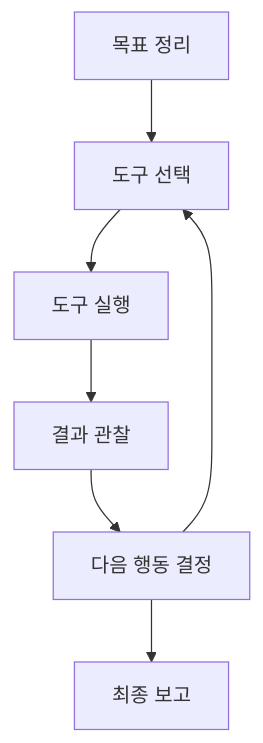
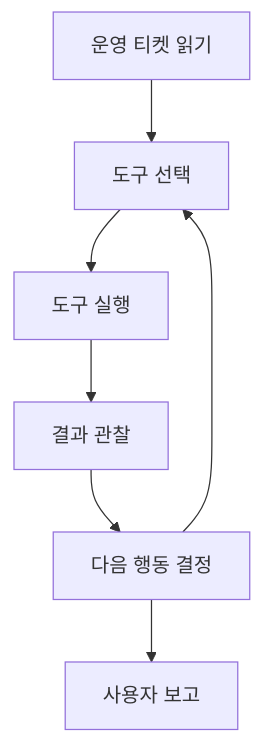
Before and after one commit to devchan64/AiBook: the diagram in docs/parts/part-07/chapter-06/section-01.md, drawn with Mermaid. The commit also changed other lines of this file and 136 other files, not shown here.

````diff
--- a/docs/parts/part-07/chapter-06/section-01.md
+++ b/docs/parts/part-07/chapter-06/section-01.md
@@ -68,13 +64,13 @@
 ```mermaid
 flowchart TD
-  A["목표 정리"]
+  A["운영 티켓 읽기"]
   B["도구 선택"]
   C["도구 실행"]
   D["결과 관찰"]
   E["다음 행동 결정"]
-  F["최종 보고"]
+  F["사용자 보고"]
 
   A --> B --> C --> D --> E
   E --> B
   E --> F
 ```
````
